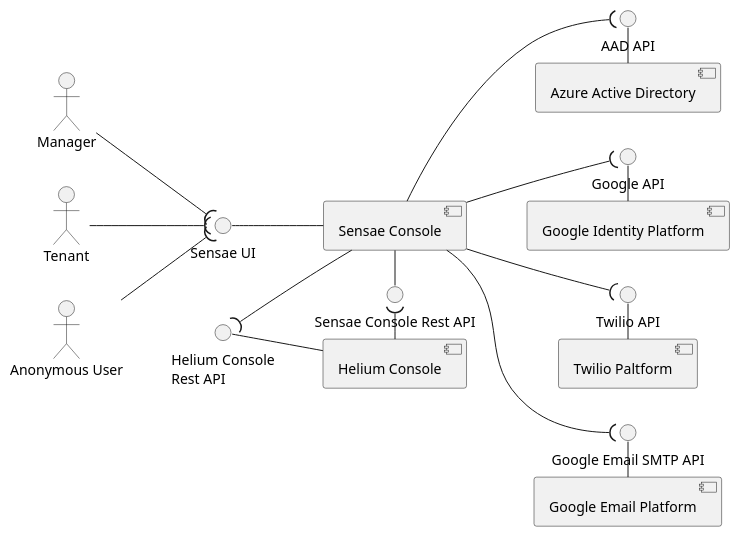
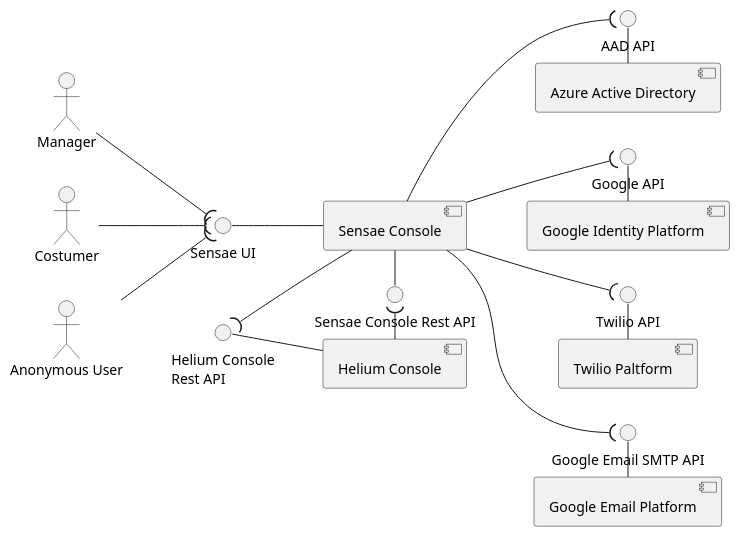
One commit to FilipeMCruz/dissertation changed the diagram in assets/diagrams/design/architectural/level1/logical-view.pu. Above: the diagram before and after it, drawn with PlantUML. The commit also changed 5 other files, not shown here.

Commit message:
Fixed more diagrams

```diff
--- a/assets/diagrams/design/architectural/level1/logical-view.pu
+++ b/assets/diagrams/design/architectural/level1/logical-view.pu
@@ -1,52 +1,52 @@
 @startuml logical-view
 
 left to right direction
 
 skinparam Monochrome true
 skinparam sequenceMessageAlign center
 skinparam componentStyle uml2
 skinparam packageStyle rectangle
 
 [Sensae Console] as S
 [Helium Console] as HC
 [Azure Active Directory] as AAD
 [Google Identity Platform] as GIP
 
 [Twilio Paltform] as SMS
 [Google Email Platform] as EMAIL
 
 () "Sensae UI" as UI
 () "Helium Console\nRest API" as OUT_ENDPOINT
 () "Sensae Console Rest API" as IN_ENDPOINT
 
 () "AAD API" as AZURE_ENDPOINT
 () "Google API" as GOOGLE_ENDPOINT
 
 () "Twilio API" as SMS_ENDPOINT
 () "Google Email SMTP API" as EMAIL_ENDPOINT
 
 actor "Manager" as Client
-actor "Tenant" as Tenant
+actor "Costumer" as Tenant
 actor "Anonymous User" as Anonymous
 
 Client --( UI
 Tenant --( UI
 Anonymous --( UI
 
 UI -- S
 S - IN_ENDPOINT
 OUT_ENDPOINT -- HC
 S --( AZURE_ENDPOINT
 S --( GOOGLE_ENDPOINT
 S --( EMAIL_ENDPOINT
 S --( SMS_ENDPOINT
 
 IN_ENDPOINT )- HC
 OUT_ENDPOINT )- S
 AZURE_ENDPOINT - AAD
 GOOGLE_ENDPOINT - GIP
 
 SMS_ENDPOINT - SMS
 EMAIL_ENDPOINT - EMAIL
 
 @enduml
```
